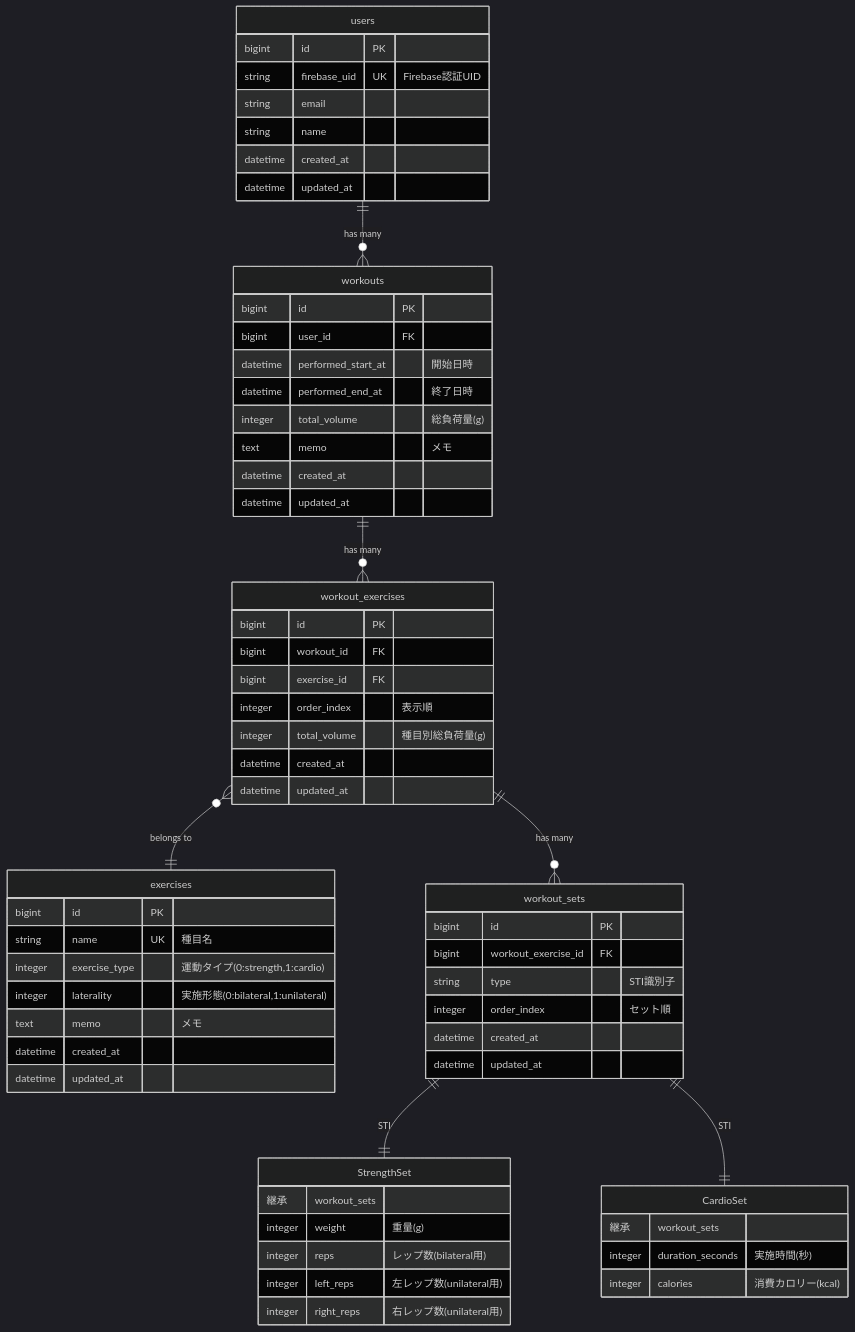
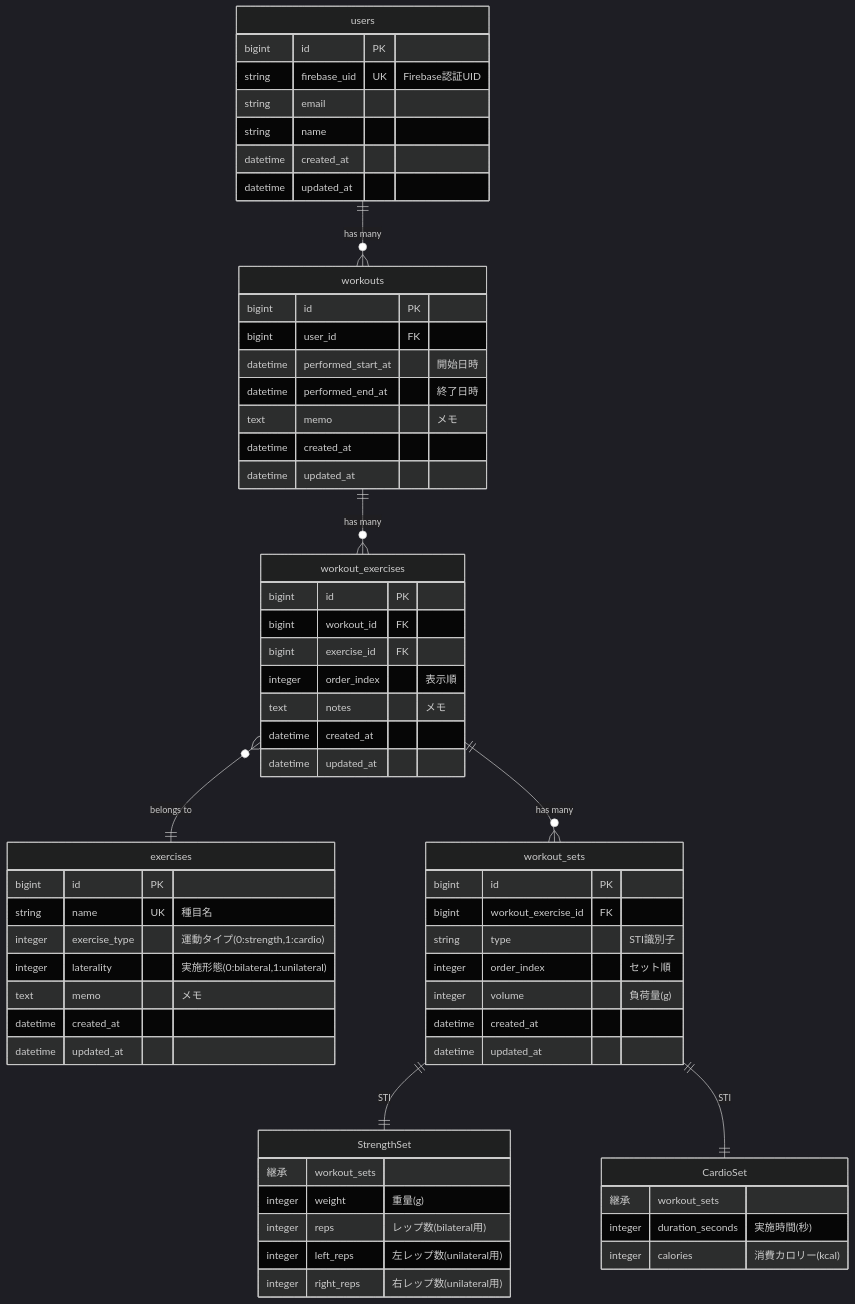
The diagram in docs/データベース設計.md (ANTON072/gym-note-api), drawn with Mermaid (dark theme) before and after one commit. The commit also changed other lines of this file and 14 other files, not shown here.

````diff
--- a/docs/データベース設計.md
+++ b/docs/データベース設計.md
@@ -5,72 +5,72 @@
 ```mermaid
 erDiagram
     users ||--o{ workouts : "has many"
     workouts ||--o{ workout_exercises : "has many"
     workout_exercises }o--|| exercises : "belongs to"
     workout_exercises ||--o{ workout_sets : "has many"
     workout_sets ||--|| StrengthSet : "STI"
     workout_sets ||--|| CardioSet : "STI"
 
     users {
         bigint id PK
         string firebase_uid UK "Firebase認証UID"
         string email
         string name
         datetime created_at
         datetime updated_at
     }
 
     exercises {
         bigint id PK
         string name UK "種目名"
         integer exercise_type "運動タイプ(0:strength,1:cardio)"
         integer laterality "実施形態(0:bilateral,1:unilateral)"
         text memo "メモ"
         datetime created_at
         datetime updated_at
     }
 
     workouts {
         bigint id PK
         bigint user_id FK
         datetime performed_start_at "開始日時"
         datetime performed_end_at "終了日時"
-        integer total_volume "総負荷量(g)"
         text memo "メモ"
         datetime created_at
         datetime updated_at
     }
 
     workout_exercises {
         bigint id PK
         bigint workout_id FK
         bigint exercise_id FK
         integer order_index "表示順"
-        integer total_volume "種目別総負荷量(g)"
+        text notes "メモ"
         datetime created_at
         datetime updated_at
     }
 
     workout_sets {
         bigint id PK
         bigint workout_exercise_id FK
         string type "STI識別子"
         integer order_index "セット順"
+        integer volume "負荷量(g)"
         datetime created_at
         datetime updated_at
     }
 
     StrengthSet {
         継承 workout_sets
         integer weight "重量(g)"
         integer reps "レップ数(bilateral用)"
         integer left_reps "左レップ数(unilateral用)"
         integer right_reps "右レップ数(unilateral用)"
     }
 
     CardioSet {
         継承 workout_sets
         integer duration_seconds "実施時間(秒)"
         integer calories "消費カロリー(kcal)"
     }
 ```
````
